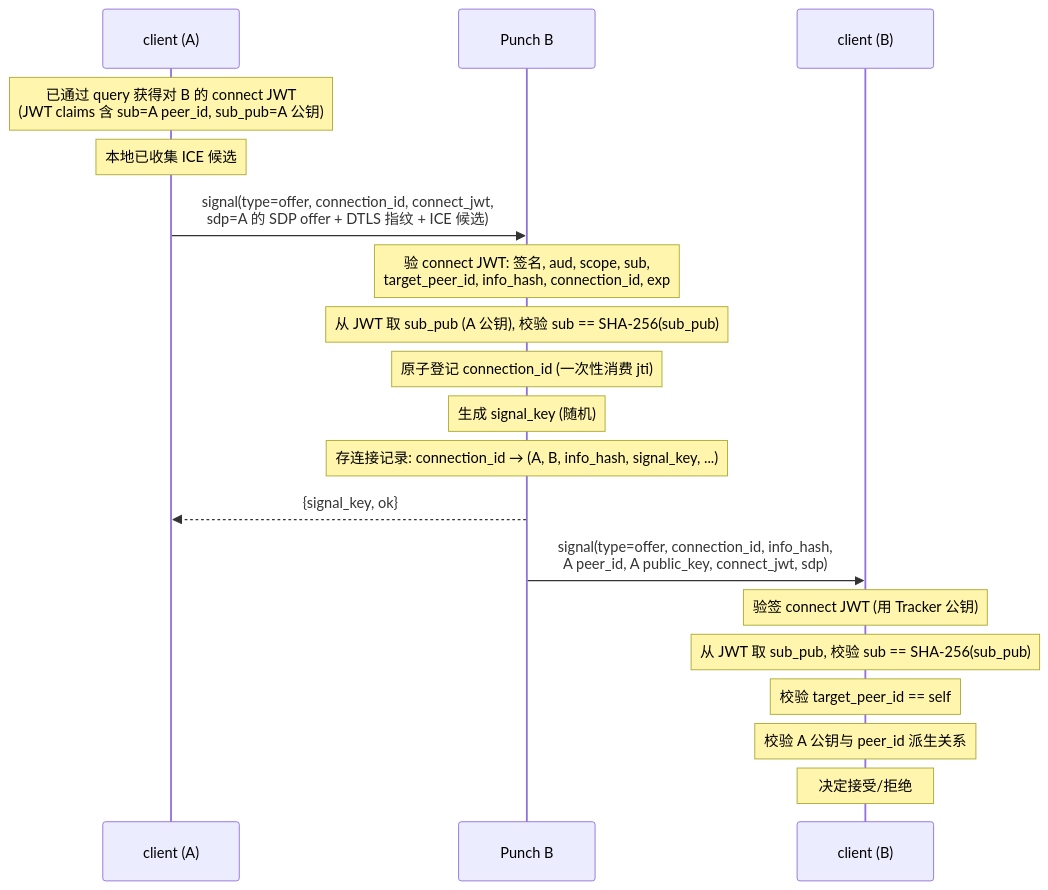
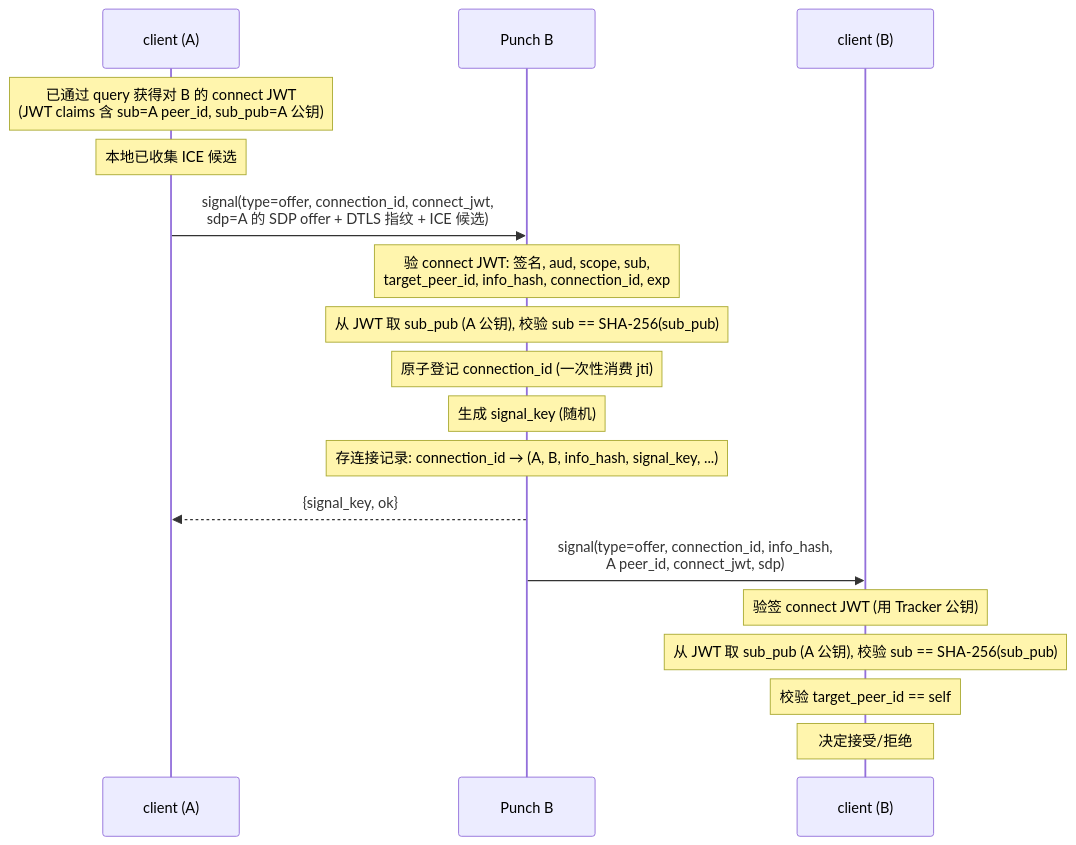
Diagram 11 of 15 in docs/design/p2p-overview.md (mivinci/p2p), drawn with Mermaid before and after one commit. The commit also changed other lines of this file, not shown here.

First line of the commit message:
docs(design): remove redundant A public_key from PB->B offer forwarding

````diff
--- a/docs/design/p2p-overview.md
+++ b/docs/design/p2p-overview.md
@@ -818,24 +818,23 @@
 ```mermaid
 sequenceDiagram
     participant A as client (A)
     participant PB as Punch B
     participant B as client (B)
 
     Note over A: 已通过 query 获得对 B 的 connect JWT<br/>(JWT claims 含 sub=A peer_id, sub_pub=A 公钥)
     Note over A: 本地已收集 ICE 候选
 
     A->>PB: signal(type=offer, connection_id, connect_jwt,<br/>sdp=A 的 SDP offer + DTLS 指纹 + ICE 候选)
     Note over PB: 验 connect JWT: 签名, aud, scope, sub,<br/>target_peer_id, info_hash, connection_id, exp
     Note over PB: 从 JWT 取 sub_pub (A 公钥), 校验 sub == SHA-256(sub_pub)
     Note over PB: 原子登记 connection_id (一次性消费 jti)
     Note over PB: 生成 signal_key (随机)
     Note over PB: 存连接记录: connection_id → (A, B, info_hash, signal_key, ...)
     PB-->>A: {signal_key, ok}
 
-    PB->>B: signal(type=offer, connection_id, info_hash,<br/>A peer_id, A public_key, connect_jwt, sdp)
+    PB->>B: signal(type=offer, connection_id, info_hash,<br/>A peer_id, connect_jwt, sdp)
     Note over B: 验签 connect JWT (用 Tracker 公钥)
-    Note over B: 从 JWT 取 sub_pub, 校验 sub == SHA-256(sub_pub)
+    Note over B: 从 JWT 取 sub_pub (A 公钥), 校验 sub == SHA-256(sub_pub)
     Note over B: 校验 target_peer_id == self
-    Note over B: 校验 A 公钥与 peer_id 派生关系
     Note over B: 决定接受/拒绝
 ```
````
